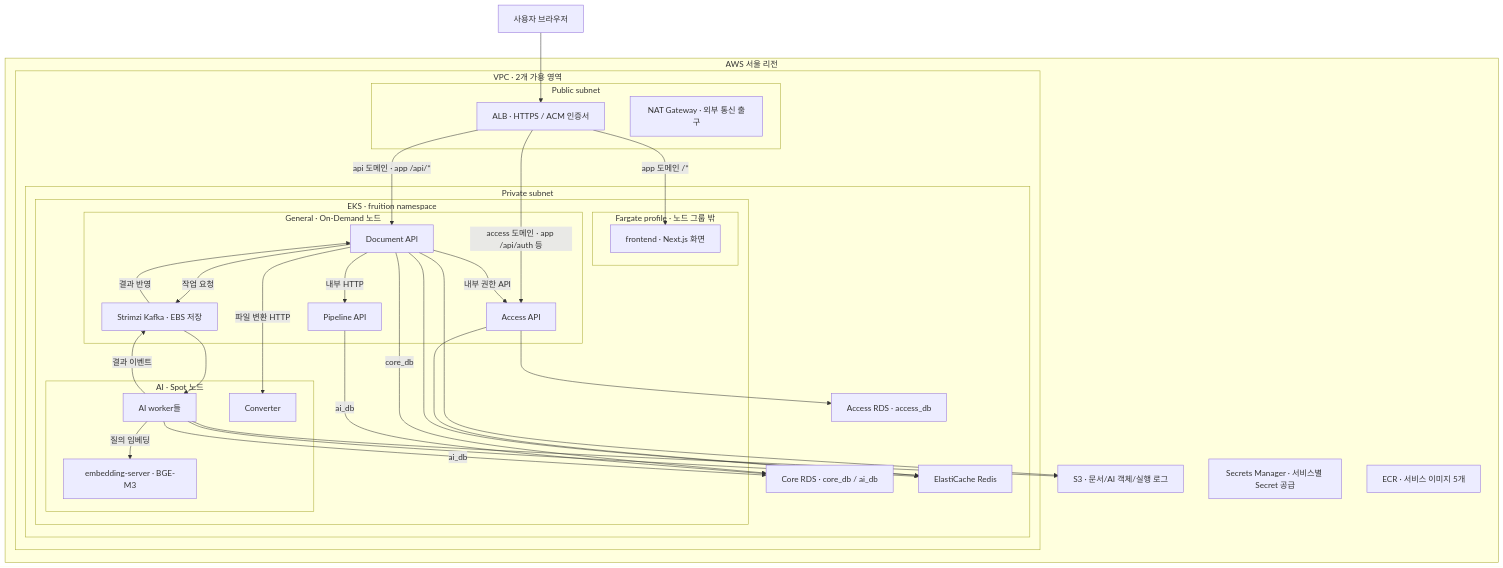
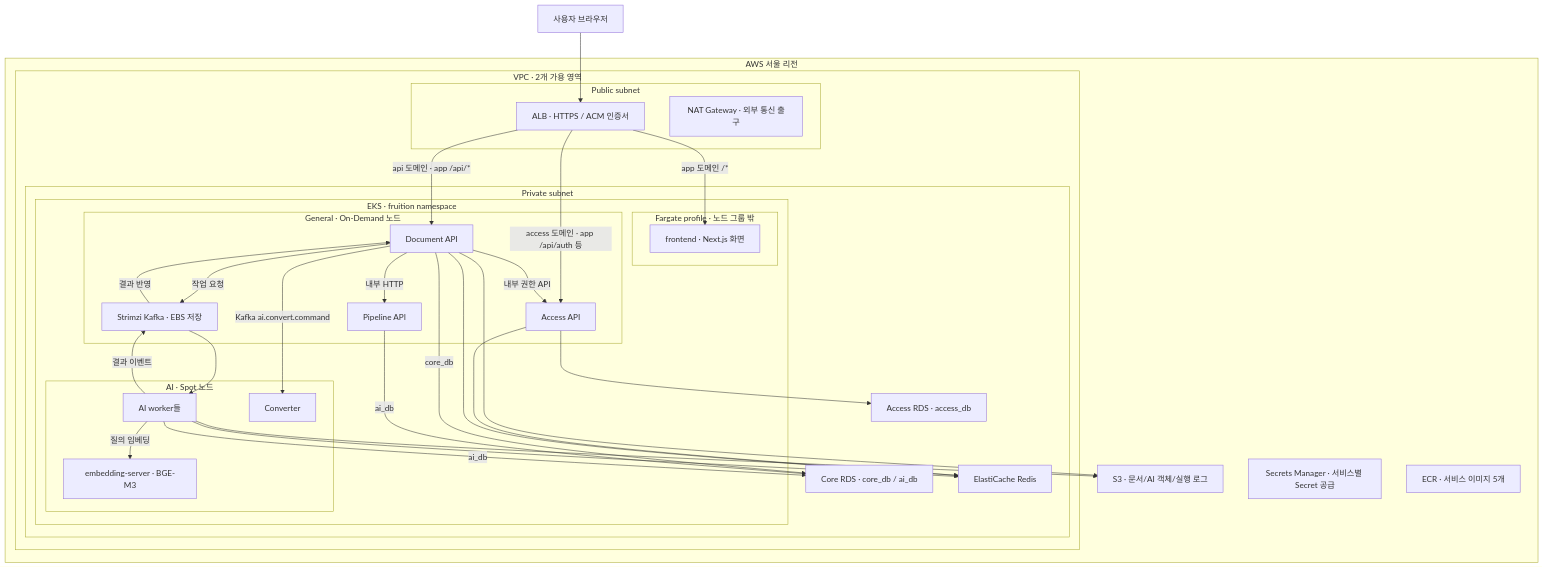
One commit to FruitionKR/Fruition-flatform changed the second of 2 diagrams in docs/architecture.md. Above: the diagram before and after it, drawn with Mermaid. The commit also changed other lines of this file and 39 other files, not shown here.

First line of the commit message:
feat: converter를 ai.convert.command Kafka 작업자로 배포한다

````diff
--- a/docs/architecture.md
+++ b/docs/architecture.md
@@ -143,56 +143,56 @@
 ```mermaid
 flowchart TB
     user["사용자 브라우저"] --> alb
     subgraph aws["AWS 서울 리전"]
         subgraph vpc["VPC · 2개 가용 영역"]
             subgraph public["Public subnet"]
                 alb["ALB · HTTPS / ACM 인증서"]
                 nat["NAT Gateway · 외부 통신 출구"]
             end
             subgraph private["Private subnet"]
                 subgraph eks["EKS · fruition namespace"]
                     subgraph fargate["Fargate profile · 노드 그룹 밖"]
                         frontend["frontend · Next.js 화면"]
                     end
                     subgraph general["General · On-Demand 노드"]
                         access["Access API"]
                         document["Document API"]
                         pipeline["Pipeline API"]
                         kafka["Strimzi Kafka · EBS 저장"]
                     end
                     subgraph spot["AI · Spot 노드"]
                         workers["AI worker들"]
                         converter["Converter"]
                         embedding["embedding-server · BGE-M3"]
                     end
                 end
                 accessdb["Access RDS · access_db"]
                 coredb["Core RDS · core_db / ai_db"]
                 redis["ElastiCache Redis"]
             end
         end
         s3["S3 · 문서/AI 객체/실행 로그"]
         secrets["Secrets Manager · 서비스별 Secret 공급"]
         ecr["ECR · 서비스 이미지 5개"]
     end
     alb -->|"app 도메인 /*"| frontend
     alb -->|"access 도메인 · app /api/auth 등"| access
     alb -->|"api 도메인 · app /api/*"| document
     document -->|"내부 권한 API"| access
     document -->|"내부 HTTP"| pipeline
-    document -->|"파일 변환 HTTP"| converter
+    document -->|"Kafka ai.convert.command"| converter
     document -->|"작업 요청"| kafka
     kafka --> workers
     workers -->|"결과 이벤트"| kafka
     workers -->|"질의 임베딩"| embedding
     kafka -->|"결과 반영"| document
     access --> accessdb
     document -->|"core_db"| coredb
     pipeline -->|"ai_db"| coredb
     workers -->|"ai_db"| coredb
     access --> redis
     document --> redis
     workers --> redis
     document --> s3
     workers --> s3
 ```
````
